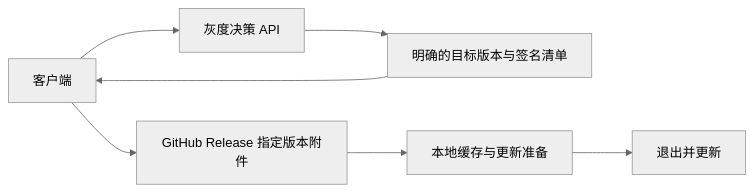
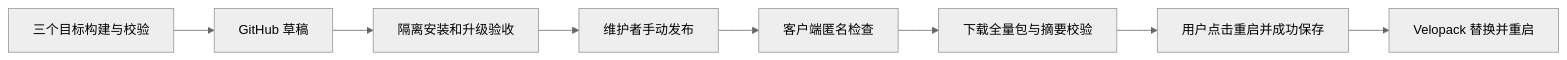
One commit to WenWenBo/GuluTwistBreakStation changed the diagram in docs/ota/GITHUB_RELEASES.md. Above: the diagram before and after it, drawn with Mermaid (neutral theme). The commit also changed other lines of this file and 39 other files, not shown here.

Commit message:
feat: implement Velopack OTA with GitHub draft releases

````diff
--- a/docs/ota/GITHUB_RELEASES.md
+++ b/docs/ota/GITHUB_RELEASES.md
@@ -24,9 +7,10 @@
 ```mermaid
 flowchart LR
-    APP[客户端] --> CHECK[灰度决策 API]
-    CHECK --> TARGET[明确的目标版本与签名清单]
-    TARGET --> APP
-    APP --> GH[GitHub Release 指定版本附件]
-    GH --> STAGE[本地缓存与更新准备]
-    STAGE --> APPLY[退出并更新]
+    BUILD[三个目标构建与校验] --> DRAFT[GitHub 草稿]
+    DRAFT --> TEST[隔离安装和升级验收]
+    TEST --> HUMAN[维护者手动发布]
+    HUMAN --> CHECK[客户端匿名检查]
+    CHECK --> CACHE[下载全量包与摘要校验]
+    CACHE --> SAVE[用户点击重启并成功保存]
+    SAVE --> APPLY[Velopack 替换并重启]
 ```
````
